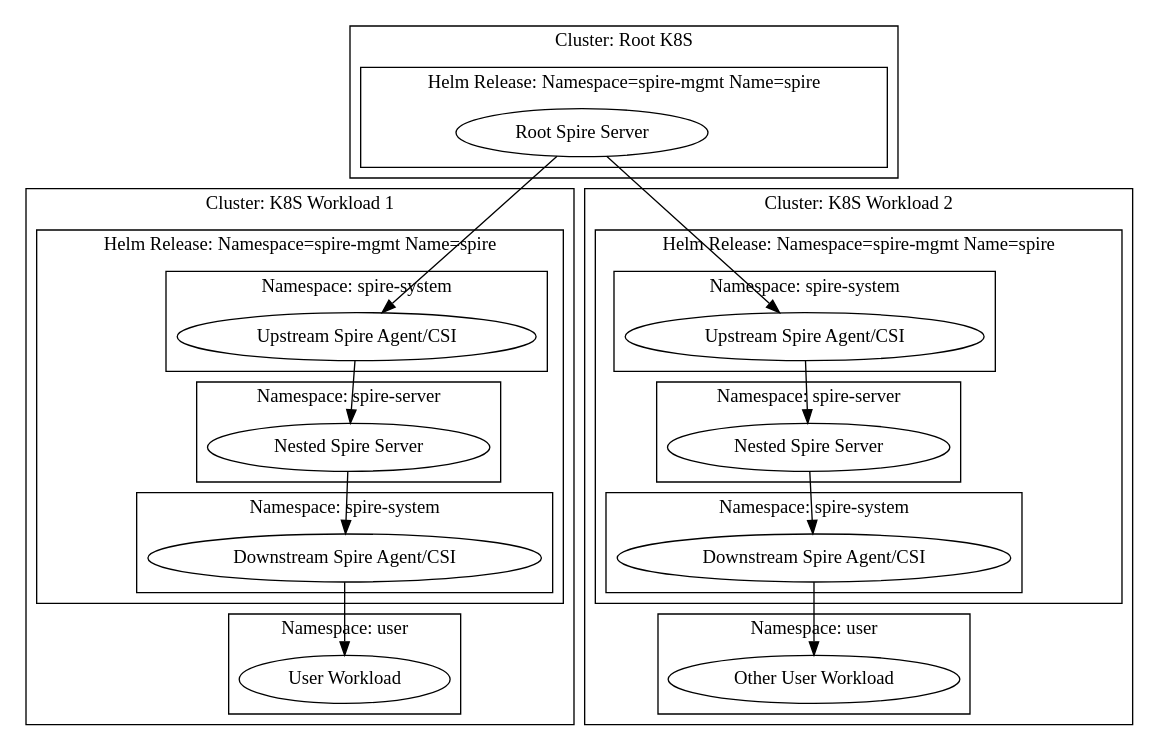
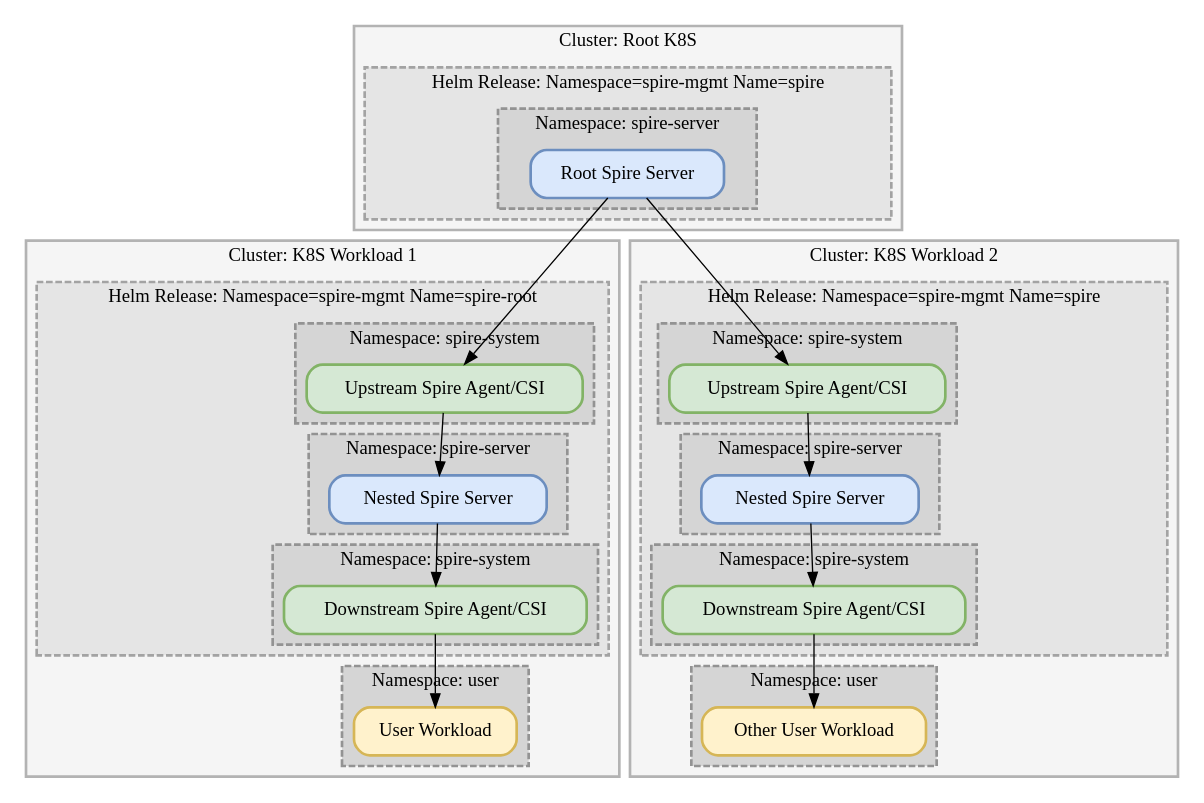
The diagram in static/img/spire-helm-charts-hardened/multicluster.dot (spiffe/spiffe.io), drawn with Graphviz before and after one commit. The commit also changed 3 other files, not shown here.

Commit message:
Update diagrams

```diff
--- a/static/img/spire-helm-charts-hardened/multicluster.dot
+++ b/static/img/spire-helm-charts-hardened/multicluster.dot
@@ -1,61 +1,109 @@
 digraph G {
   subgraph cluster_root {
     label="Cluster: Root K8S";
+    style="filled,solid,bold";
+    color="#b3b3b3";
+    fillcolor="#f5f5f5";
     subgraph cluster_root_release {
       label="Helm Release: Namespace=spire-mgmt Name=spire"
-      spireRoot [label="Root Spire Server"];
+      style="filled,dashed,bold";
+      color="#a3a3a3";
+      fillcolor="#e5e5e5";
+      subgraph cluster_root_ns_server {
+        style="filled,dashed,bold";
+        color="#939393";
+        fillcolor="#d5d5d5";
+        label="Namespace: spire-server"
+        spireRoot [label="Root Spire Server",shape="box",style="rounded,solid,filled,bold",color="#6c8ebf",fillcolor="#dae8fc"];
+      }
     }
   }
   subgraph cluster_nested1 {
     label="Cluster: K8S Workload 1";
+    style="filled,solid,bold";
+    color="#b3b3b3";
+    fillcolor="#f5f5f5";
     subgraph cluster_nested1_release {
-      label="Helm Release: Namespace=spire-mgmt Name=spire"
+      label="Helm Release: Namespace=spire-mgmt Name=spire-root"
+      style="filled,dashed,bold";
+      color="#a3a3a3";
+      fillcolor="#e5e5e5";
       subgraph cluster_nested1_ns1 {
+        style="filled,dashed,bold";
+        color="#939393";
+        fillcolor="#d5d5d5";
         label="Namespace: spire-system"
-        spireUpstreamAgent1 [label="Upstream Spire Agent/CSI"];
+        spireUpstreamAgent1 [label="Upstream Spire Agent/CSI",shape="box",style="rounded,solid,filled,bold",color="#82b366",fillcolor="#d5e8d4"];
       }
       subgraph cluster_nested1_ns2 {
+        style="filled,dashed,bold";
+        color="#939393";
+        fillcolor="#d5d5d5";
         label="Namespace: spire-server"
-        spireServerNested1 [label="Nested Spire Server"];
+        spireServerNested1 [label="Nested Spire Server",shape="box",style="rounded,solid,filled,bold",color="#6c8ebf",fillcolor="#dae8fc"];
       }
       subgraph cluster_nested1_ns3 {
+        style="filled,dashed,bold";
+        color="#939393";
+        fillcolor="#d5d5d5";
         label="Namespace: spire-system"
-        spireDownstreamAgent1 [label="Downstream Spire Agent/CSI"];
+        spireDownstreamAgent1 [label="Downstream Spire Agent/CSI",shape="box",style="rounded,solid,filled,bold",color="#82b366",fillcolor="#d5e8d4"];
       }
     }
     subgraph cluster_nested1_user {
+      style="filled,dashed,bold";
+      color="#939393";
+      fillcolor="#d5d5d5";
       label="Namespace: user"
-      userWorkload1 [label="User Workload"];
+      userWorkload1 [label="User Workload",shape="box",style="rounded,solid,filled,bold",color="#d6b656",fillcolor="#fff2cc"];
     }
   }
   subgraph cluster_nested2 {
     label="Cluster: K8S Workload 2";
+    style="filled,solid,bold";
+    color="#b3b3b3";
+    fillcolor="#f5f5f5";
     subgraph cluster_nested2_release {
       label="Helm Release: Namespace=spire-mgmt Name=spire"
+      style="filled,dashed,bold";
+      color="#a3a3a3";
+      fillcolor="#e5e5e5";
       subgraph cluster_nested2_ns1 {
+        style="filled,dashed,bold";
+        color="#939393";
+        fillcolor="#d5d5d5";
         label="Namespace: spire-system"
-        spireUpstreamAgent2 [label="Upstream Spire Agent/CSI"];
+        spireUpstreamAgent2 [label="Upstream Spire Agent/CSI",shape="box",style="rounded,solid,filled,bold",color="#82b366",fillcolor="#d5e8d4"];
       }
       subgraph cluster_nested2_ns2 {
+        style="filled,dashed,bold";
+        color="#939393";
+        fillcolor="#d5d5d5";
         label="Namespace: spire-server"
-        spireServerNested2 [label="Nested Spire Server"];
+        spireServerNested2 [label="Nested Spire Server",shape="box",style="rounded,solid,filled,bold",color="#6c8ebf",fillcolor="#dae8fc"];
       }
       subgraph cluster_nested2_ns3 {
+        style="filled,dashed,bold";
+        color="#939393";
+        fillcolor="#d5d5d5";
         label="Namespace: spire-system"
-        spireDownstreamAgent2 [label="Downstream Spire Agent/CSI"];
+        spireDownstreamAgent2 [label="Downstream Spire Agent/CSI",shape="box",style="rounded,solid,filled,bold",color="#82b366",fillcolor="#d5e8d4"];
       }
     }
     subgraph cluster_nested2_user {
+      style="filled,dashed,bold";
+      color="#939393";
+      fillcolor="#d5d5d5";
       label="Namespace: user"
-      userWorkload2 [label="Other User Workload"];
+      userWorkload2 [label="Other User Workload",shape="box",style="rounded,solid,filled,bold",color="#d6b656",fillcolor="#fff2cc"];
     }
   }
   spireRoot -> spireUpstreamAgent1;
   spireRoot -> spireUpstreamAgent2;
   spireUpstreamAgent1 -> spireServerNested1;
   spireServerNested1 -> spireDownstreamAgent1;
   spireDownstreamAgent1 -> userWorkload1;
   spireUpstreamAgent2 -> spireServerNested2;
   spireServerNested2 -> spireDownstreamAgent2;
   spireDownstreamAgent2 -> userWorkload2;
 }
```
